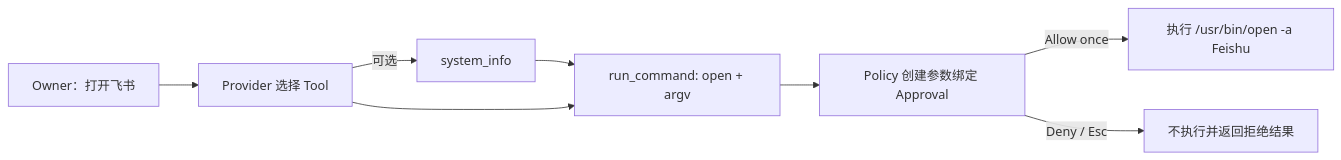
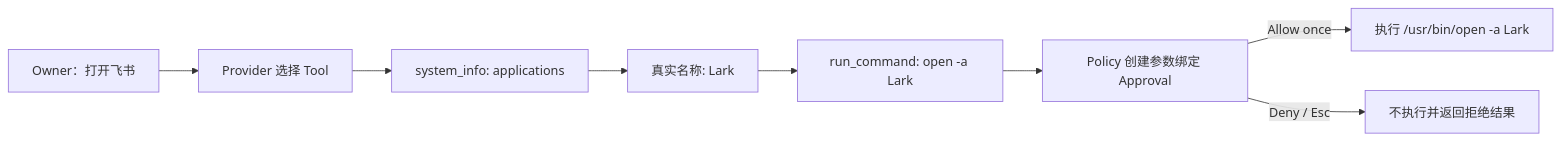
One commit to NEDONION/lobster0 changed the diagram in docs/superpowers/specs/2026-08-08-direct-application-launch-design.md. Above: the diagram before and after it, drawn with Mermaid. The commit also changed other lines of this file and 26 other files, not shown here.

````diff
--- a/docs/superpowers/specs/2026-08-08-direct-application-launch-design.md
+++ b/docs/superpowers/specs/2026-08-08-direct-application-launch-design.md
@@ -33,10 +37,10 @@
 ```mermaid
 flowchart LR
     U["Owner：打开飞书"] --> P["Provider 选择 Tool"]
-    P -->|"可选"| S["system_info"]
-    S --> C["run_command: open + argv"]
-    P --> C
+    P --> S["system_info: applications"]
+    S --> N["真实名称: Lark"]
+    N --> C["run_command: open -a Lark"]
     C --> A["Policy 创建参数绑定 Approval"]
-    A -->|"Allow once"| E["执行 /usr/bin/open -a Feishu"]
+    A -->|"Allow once"| E["执行 /usr/bin/open -a Lark"]
     A -->|"Deny / Esc"| D["不执行并返回拒绝结果"]
 ```
````
